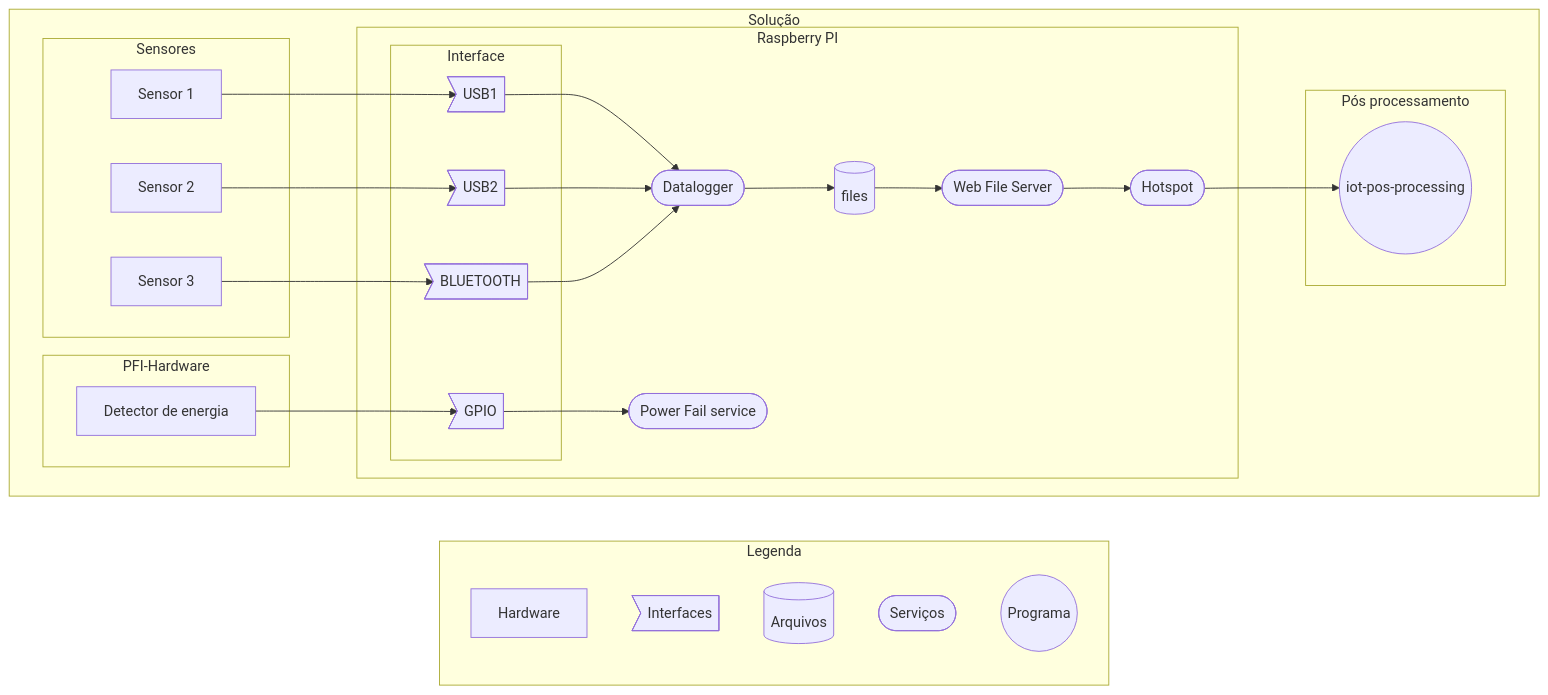
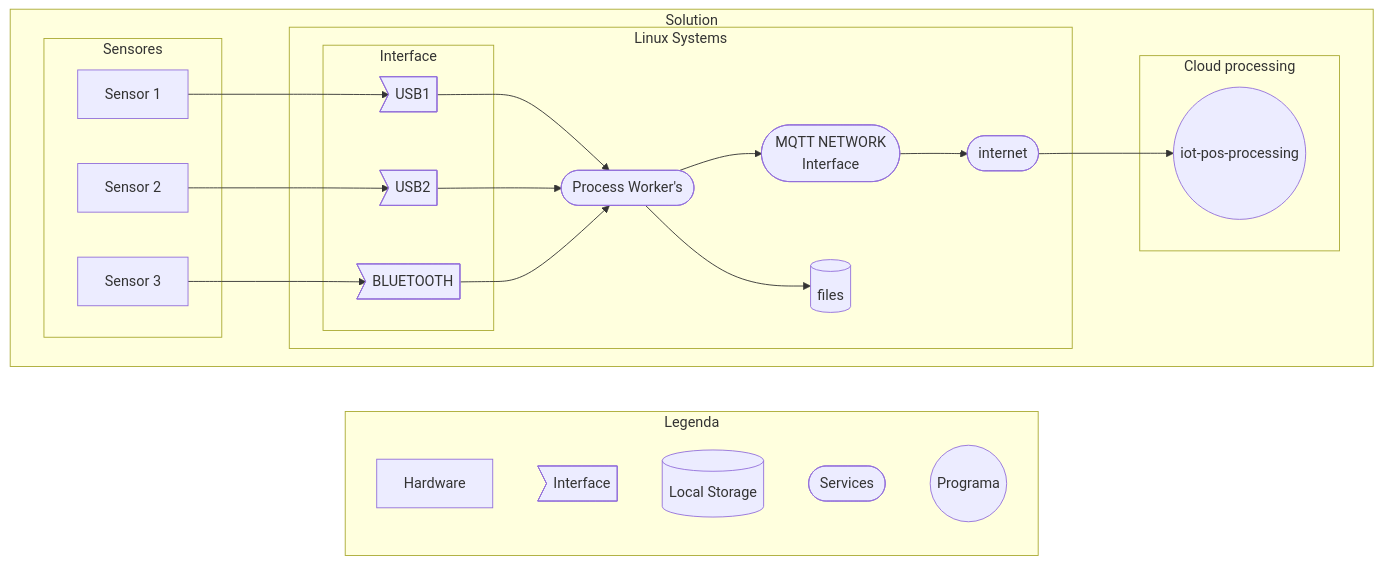
The diagram in diagram/diagram.mmd (felipengeletrica/EdgeGateway), drawn with Mermaid before and after one commit.

Commit message:
first commit arquitetura

```diff
--- a/diagram/diagram.mmd
+++ b/diagram/diagram.mmd
@@ -1,47 +1,39 @@
 graph LR
     subgraph Legenda
         hardware[Hardware]
-        interface>Interfaces]
-        file[(Arquivos)]
-        services([Serviços])
+        interface>Interface]
+        file[(Local Storage)]
+        services([Services])
         program((Programa))
     end
 
-    subgraph Solução
+    subgraph Solution
         direction LR
 
-        subgraph PFI-Hardware
-            circuit[Detector de energia]
-        end
-
-        subgraph Raspberry PI
-            datalogger([Datalogger])-->files
-            files[(files)]-->server
-            server([Web File Server])-->hotspot
-            hotspot([Hotspot])
+        subgraph Linux Systems
+            datalogger([Process Worker's])-->server
+            datalogger([Process Worker's])--> files[(files)]
+            server([MQTT NETWORK \n Interface])-->internet
+            internet([internet])
 
             subgraph Interface
                 USB1
                 USB2
                 BLUETOOTH
-                GPIO
             end
-            circuit --> GPIO
             USB1>USB1] --> datalogger
             USB2>USB2] --> datalogger
             BLUETOOTH>BLUETOOTH] --> datalogger
-            
-            GPIO>GPIO] --> service-pfi([Power Fail service])
         end
 
         subgraph Sensores
             s1[Sensor 1] --> USB1
             s2[Sensor 2] --> USB2
             s3[Sensor 3] --> BLUETOOTH
         end
 
-        hotspot --> iot-pos-processing
-        subgraph Pós processamento
-            iot-pos-processing((iot-pos-processing))
+        internet --> brocker
+        subgraph Cloud processing 
+            brocker((iot-pos-processing))
         end
     end
```
